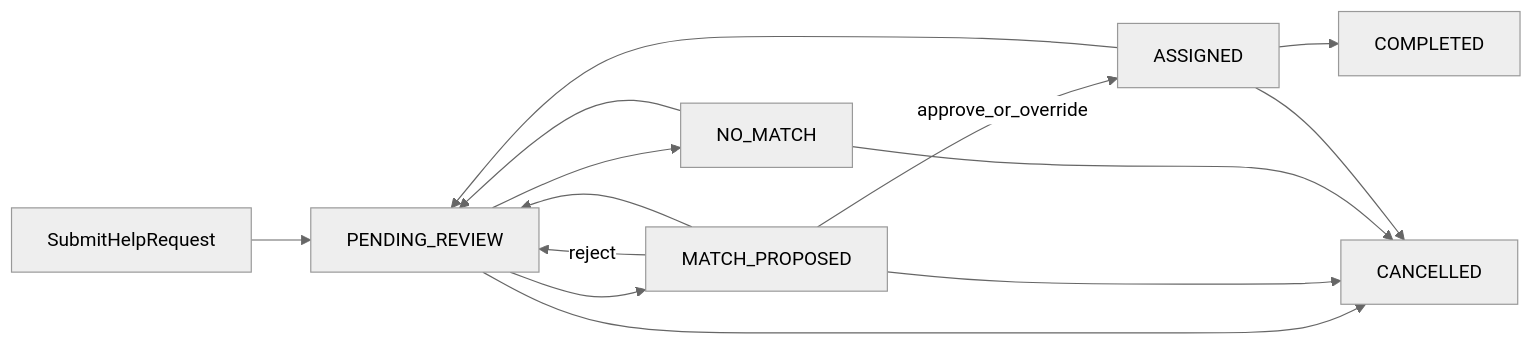
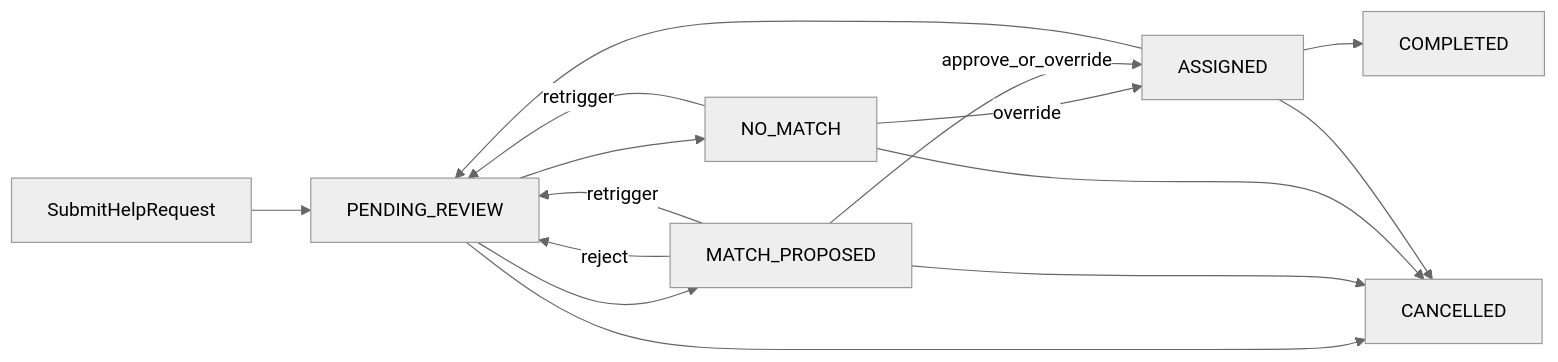
The diagram in docs/system-spec.md (rina-hardan/KindBridge), drawn with Mermaid (neutral theme) before and after one commit. The commit also changed other lines of this file and 29 other files, not shown here.

Commit message:
Implement basic project architecture

````diff
--- a/docs/system-spec.md
+++ b/docs/system-spec.md
@@ -152,16 +152,17 @@
 ```mermaid
 flowchart LR
   submit[SubmitHelpRequest] --> pending[PENDING_REVIEW]
   pending --> proposed[MATCH_PROPOSED]
   pending --> noMatch[NO_MATCH]
-  noMatch --> pending
+  noMatch -->|retrigger| pending
+  noMatch -->|override| assigned
   proposed -->|approve_or_override| assigned[ASSIGNED]
   proposed -->|reject| pending
-  proposed --> pending
+  proposed -->|retrigger| pending
   assigned --> done[COMPLETED]
   assigned --> pending
   pending --> cancelled[CANCELLED]
   proposed --> cancelled
   noMatch --> cancelled
   assigned --> cancelled
 ```
````
